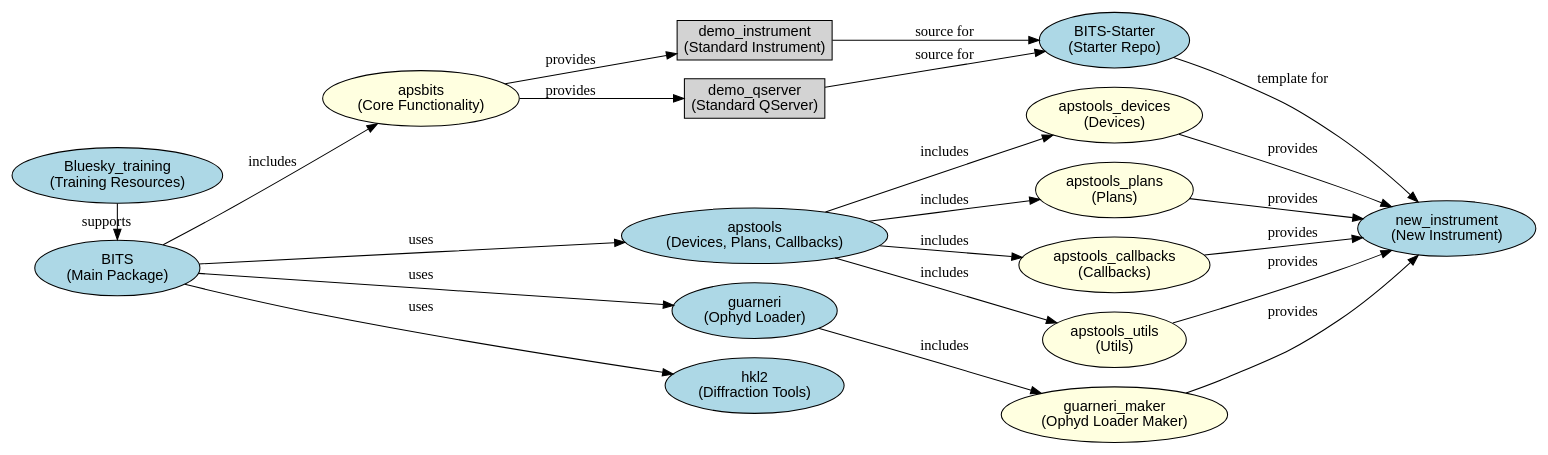
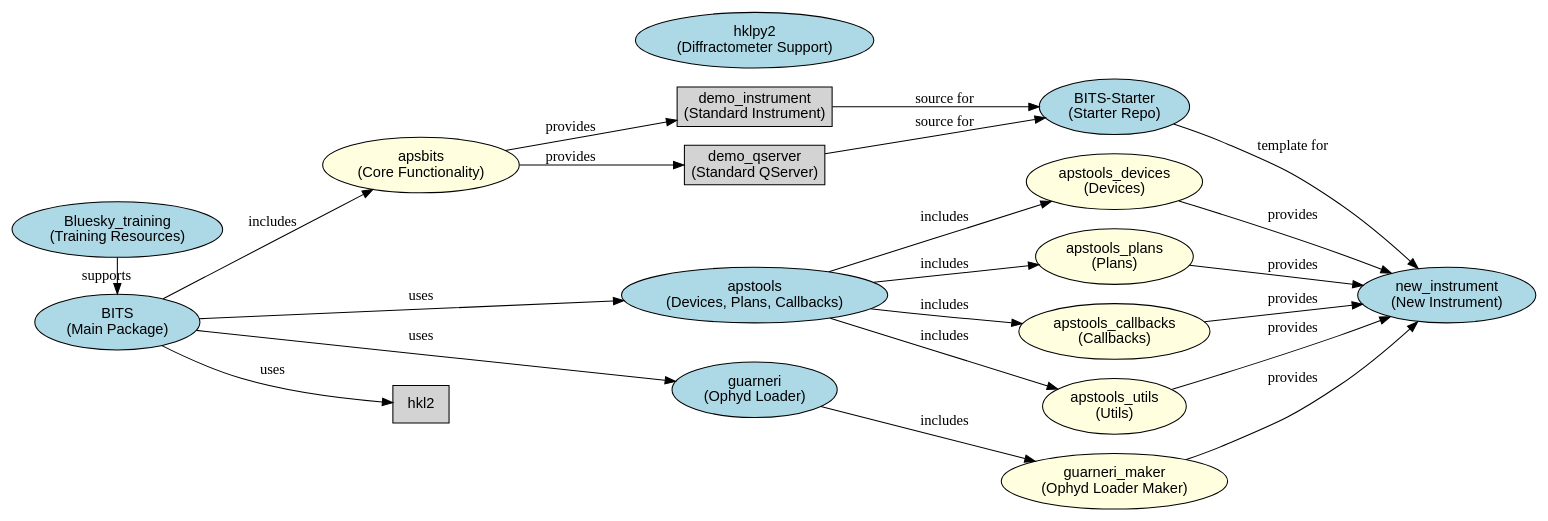
The diagram in docs/source/bits_overview.rst (BCDA-APS/bs_model_instrument), drawn with Graphviz before and after one commit.

```diff
--- a/docs/source/bits_overview.rst
+++ b/docs/source/bits_overview.rst
@@ -11,45 +11,45 @@
 .. graphviz::
 
    digraph BITS_Ecosystem {
        rankdir=LR;
        node [shape=box style=filled fillcolor=lightgrey fontname="Arial"];
 
        {rank=min;
        BITS [label="BITS\n(Main Package)", shape=ellipse, fillcolor=lightblue];
        training [label="Bluesky_training\n(Training Resources)", shape=ellipse, fillcolor=lightblue];
        }
 
        apsbits [label="apsbits\n(Core Functionality)", shape=ellipse, fillcolor=lightyellow];
        demo_instr [label="demo_instrument\n(Standard Instrument)"];
        demo_qserver [label="demo_qserver\n(Standard QServer)"];
 
        {rank=same;
         apstools [label="apstools\n(Devices, Plans, Callbacks)", shape=ellipse, fillcolor=lightblue];
        guarneri [label="guarneri\n(Ophyd Loader)", shape=ellipse, fillcolor=lightblue];
-       hkl2 [label="hkl2\n(Diffraction Tools)", shape=ellipse, fillcolor=lightblue];
+       hklpy2 [label="hklpy2\n(Diffractometer Support)", shape=ellipse, fillcolor=lightblue];
        }
 
        {rank=same;
        BITS_Starter [label="BITS-Starter\n(Starter Repo)", shape=ellipse, fillcolor=lightblue];
        guarneri_maker [label="guarneri_maker\n(Ophyd Loader Maker)", shape=ellipse, fillcolor=lightyellow];
        apst_devices [label="apstools_devices\n(Devices)", shape=ellipse, fillcolor=lightyellow];
        apst_plans [label="apstools_plans\n(Plans)", shape=ellipse, fillcolor=lightyellow];
        apst_callbacks [label="apstools_callbacks\n(Callbacks)", shape=ellipse, fillcolor=lightyellow];
        apst_utils [label="apstools_utils\n(Utils)", shape=ellipse, fillcolor=lightyellow];
        }
 
        new_instrument [label="new_instrument\n(New Instrument)", shape=ellipse, fillcolor=lightblue];
 
        BITS -> apsbits [label="includes"];
        {demo_instr demo_qserver} -> BITS_Starter [label="source for"];
        BITS_Starter -> new_instrument [label="template for"];
        apsbits -> {demo_instr demo_qserver} [label="provides"];
        BITS -> apstools [label="uses"];
        apstools -> {apst_devices apst_plans apst_callbacks apst_utils} [label="includes"];
        {apst_devices apst_plans apst_callbacks apst_utils} -> new_instrument [label="provides"];
        BITS -> guarneri [label="uses"];
        guarneri -> guarneri_maker [label="includes"];
        guarneri_maker -> new_instrument [label="provides"];
        BITS -> hkl2 [label="uses"];
        training -> BITS [label="supports"];
    }
```
